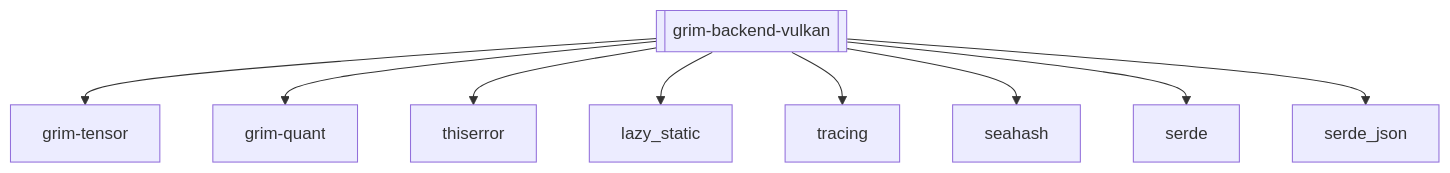
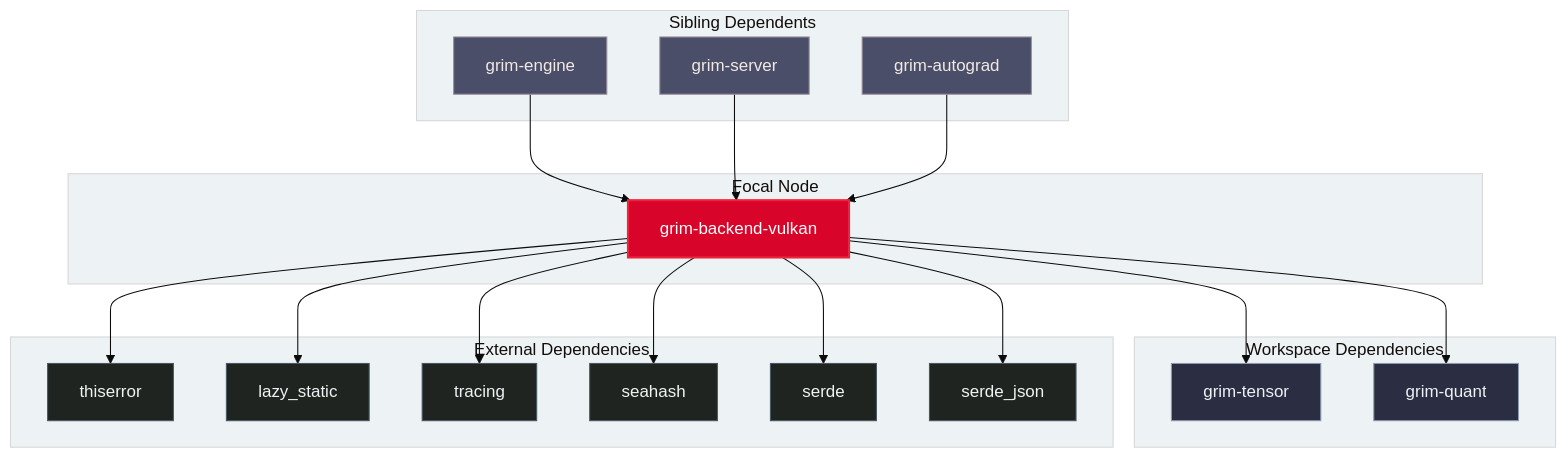
Before and after one commit to sydonayrex/grim: the diagram in crates/grim-backend-vulkan/README.md, drawn with Mermaid. The commit also changed other lines of this file and 32 other files, not shown here.

````diff
--- a/crates/grim-backend-vulkan/README.md
+++ b/crates/grim-backend-vulkan/README.md
@@ -8,22 +14,50 @@
 ```mermaid
-graph TD
-    grim-backend-vulkan[["grim-backend-vulkan"]]
-    
-    grim-tensor["grim-tensor"]
-    grim-quant["grim-quant"]
-    thiserror["thiserror"]
-    lazy_static["lazy_static"]
-    tracing["tracing"]
-    seahash["seahash"]
-    serde["serde"]
-    serde_json["serde_json"]
-    
-    grim-backend-vulkan --> grim-tensor
-    grim-backend-vulkan --> grim-quant
-    grim-backend-vulkan --> thiserror
-    grim-backend-vulkan --> lazy_static
-    grim-backend-vulkan --> tracing
-    grim-backend-vulkan --> seahash
-    grim-backend-vulkan --> serde
-    grim-backend-vulkan --> serde_json
+%%{init: {'theme': 'base', 'themeVariables': { 'primaryColor': '#2b2d42', 'edgeLabelBackground':'#ffffff', 'tertiaryColor': '#edf2f4'}}}%%
+flowchart TD
+    subgraph Sibling Dependents
+        grim_engine["grim-engine"]
+        grim_server["grim-server"]
+        grim_autograd["grim-autograd"]
+    end
+
+    subgraph Focal Node
+        grim_backend_vulkan["grim-backend-vulkan"]
+    end
+
+    subgraph Workspace Dependencies
+        grim_tensor["grim-tensor"]
+        grim_quant["grim-quant"]
+    end
+
+    subgraph External Dependencies
+        thiserror["thiserror"]
+        lazy_static["lazy_static"]
+        tracing["tracing"]
+        seahash["seahash"]
+        serde["serde"]
+        serde_json["serde_json"]
+    end
+
+    grim_engine --> grim_backend_vulkan
+    grim_server --> grim_backend_vulkan
+    grim_autograd --> grim_backend_vulkan
+
+    grim_backend_vulkan --> grim_tensor
+    grim_backend_vulkan --> grim_quant
+    grim_backend_vulkan --> thiserror
+    grim_backend_vulkan --> lazy_static
+    grim_backend_vulkan --> tracing
+    grim_backend_vulkan --> seahash
+    grim_backend_vulkan --> serde
+    grim_backend_vulkan --> serde_json
+
+    classDef focal fill:#d90429,stroke:#ef233c,stroke-width:2px,color:#ffffff;
+    classDef workspace fill:#2b2d42,stroke:#8d99ae,stroke-width:1px,color:#edf2f4;
+    classDef sibling fill:#4a4e69,stroke:#9a8c98,stroke-width:1px,color:#f2e9e4;
+    classDef external fill:#1f2421,stroke:#495867,stroke-width:1px,color:#f0f3f4;
+
+    class grim_backend_vulkan focal;
+    class grim_tensor,grim_quant workspace;
+    class grim_engine,grim_server,grim_autograd sibling;
+    class thiserror,lazy_static,tracing,seahash,serde,serde_json external;
 ```
````
